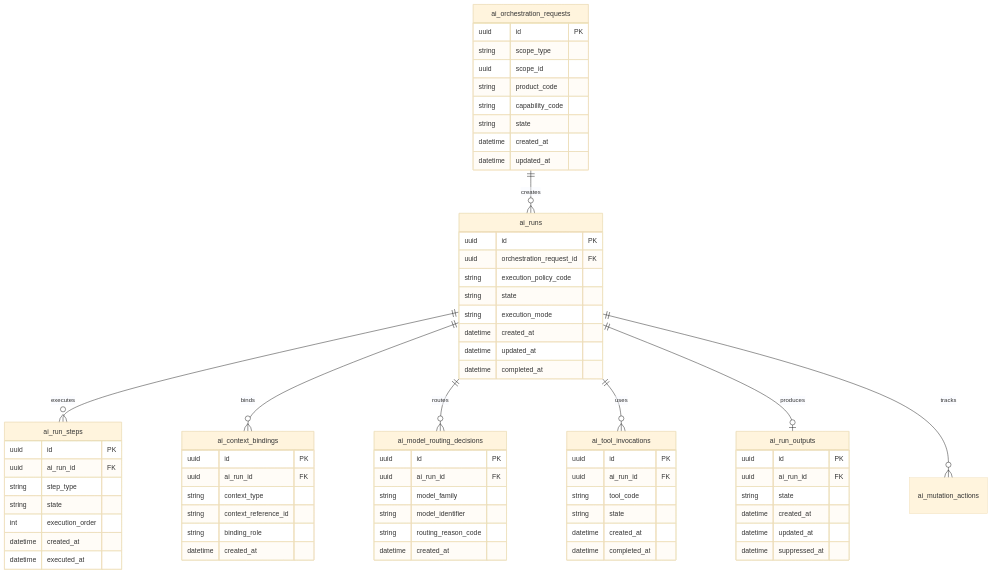
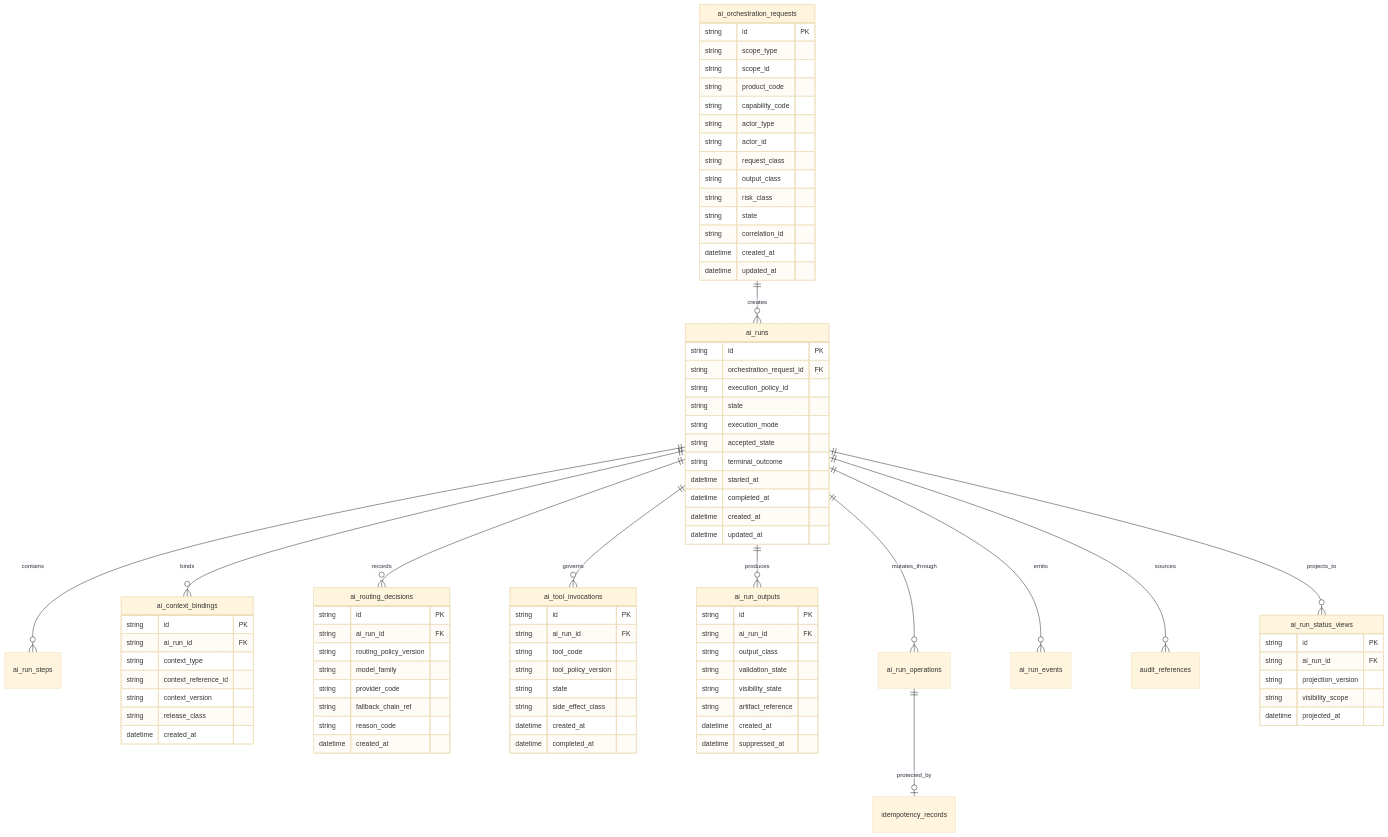
One commit to fuze-ac/api-specs changed the second of 3 diagrams in AI_ORCHESTRATION_API_SPEC.md. Above: the diagram before and after it, drawn with Mermaid (base theme). The commit also changed other lines of this file and 50 other files, not shown here.

````diff
--- a/AI_ORCHESTRATION_API_SPEC.md
+++ b/AI_ORCHESTRATION_API_SPEC.md
@@ -1097,78 +490,96 @@
 ```mermaid
 erDiagram
     ai_orchestration_requests ||--o{ ai_runs : creates
-    ai_runs ||--o{ ai_run_steps : executes
+    ai_runs ||--o{ ai_run_steps : contains
     ai_runs ||--o{ ai_context_bindings : binds
-    ai_runs ||--o{ ai_model_routing_decisions : routes
-    ai_runs ||--o{ ai_tool_invocations : uses
-    ai_runs ||--o| ai_run_outputs : produces
-    ai_runs ||--o{ ai_mutation_actions : tracks
+    ai_runs ||--o{ ai_routing_decisions : records
+    ai_runs ||--o{ ai_tool_invocations : governs
+    ai_runs ||--o{ ai_run_outputs : produces
+    ai_runs ||--o{ ai_run_operations : mutates_through
+    ai_runs ||--o{ ai_run_events : emits
+    ai_run_operations ||--o| idempotency_records : protected_by
+    ai_runs ||--o{ audit_references : sources
+    ai_runs ||--o{ ai_run_status_views : projects_to
 
     ai_orchestration_requests {
-        uuid id PK
+        string id PK
         string scope_type
-        uuid scope_id
+        string scope_id
         string product_code
         string capability_code
+        string actor_type
+        string actor_id
+        string request_class
+        string output_class
+        string risk_class
         string state
+        string correlation_id
         datetime created_at
         datetime updated_at
     }
 
     ai_runs {
-        uuid id PK
-        uuid orchestration_request_id FK
-        string execution_policy_code
+        string id PK
+        string orchestration_request_id FK
+        string execution_policy_id
         string state
         string execution_mode
+        string accepted_state
+        string terminal_outcome
+        datetime started_at
+        datetime completed_at
         datetime created_at
         datetime updated_at
-        datetime completed_at
-    }
-
-    ai_run_steps {
-        uuid id PK
-        uuid ai_run_id FK
-        string step_type
-        string state
-        int execution_order
-        datetime created_at
-        datetime executed_at
     }
 
     ai_context_bindings {
-        uuid id PK
-        uuid ai_run_id FK
+        string id PK
+        string ai_run_id FK
         string context_type
         string context_reference_id
-        string binding_role
+        string context_version
+        string release_class
         datetime created_at
     }
 
-    ai_model_routing_decisions {
-        uuid id PK
-        uuid ai_run_id FK
+    ai_routing_decisions {
+        string id PK
+        string ai_run_id FK
+        string routing_policy_version
         string model_family
-        string model_identifier
-        string routing_reason_code
+        string provider_code
+        string fallback_chain_ref
+        string reason_code
         datetime created_at
     }
 
     ai_tool_invocations {
-        uuid id PK
-        uuid ai_run_id FK
+        string id PK
+        string ai_run_id FK
         string tool_code
+        string tool_policy_version
         string state
+        string side_effect_class
         datetime created_at
         datetime completed_at
     }
 
     ai_run_outputs {
-        uuid id PK
-        uuid ai_run_id FK
-        string state
+        string id PK
+        string ai_run_id FK
+        string output_class
+        string validation_state
+        string visibility_state
+        string artifact_reference
         datetime created_at
-        datetime updated_at
         datetime suppressed_at
     }
+
+    ai_run_status_views {
+        string id PK
+        string ai_run_id FK
+        string projection_version
+        string visibility_scope
+        datetime projected_at
+    }
 ```
````
